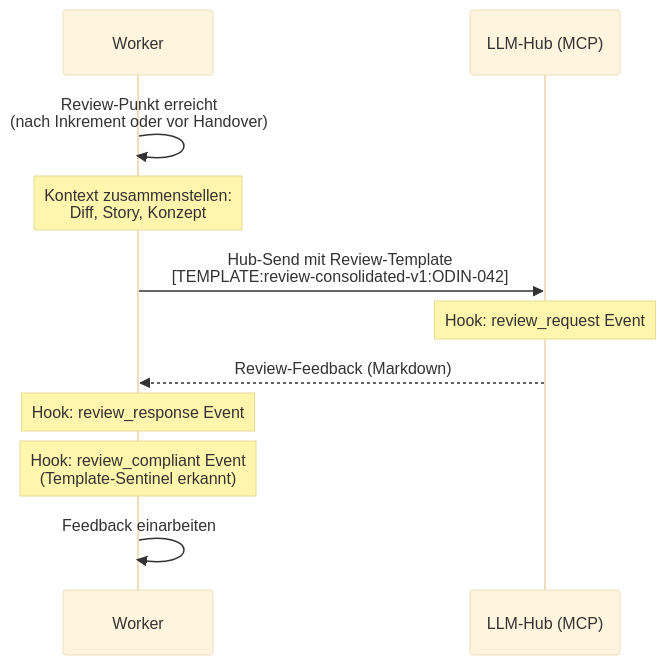
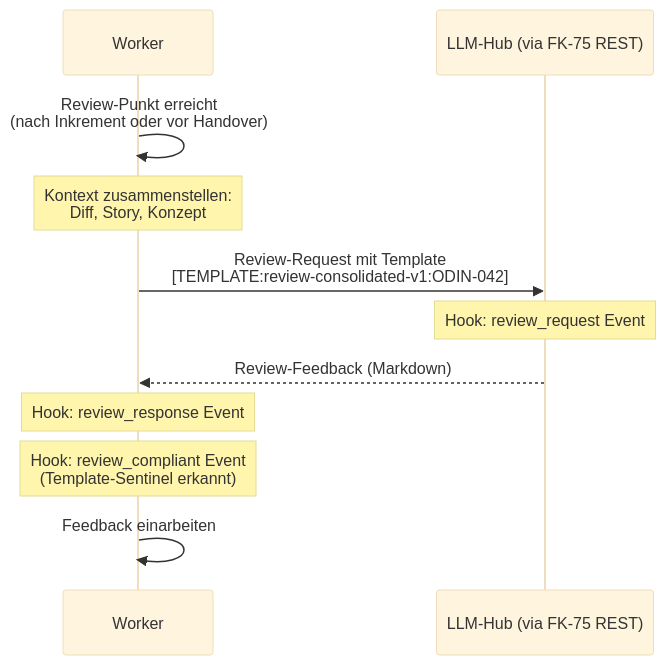
Before and after one commit to saltenhof/claude-agentkit3: the third of 4 diagrams in concept/technical-design/26_implementation_runtime_worker_loop.md, drawn with Mermaid (base theme). The commit also changed other lines of this file and 16 other files, not shown here.

Commit message:
Clarify LLM hub ownership and REST access

````diff
--- a/concept/technical-design/26_implementation_runtime_worker_loop.md
+++ b/concept/technical-design/26_implementation_runtime_worker_loop.md
@@ -448,14 +450,14 @@
 ```mermaid
 sequenceDiagram
     participant W as Worker
-    participant P as LLM-Hub (MCP)
+    participant P as LLM-Hub (via FK-75 REST)
 
     W->>W: Review-Punkt erreicht<br/>(nach Inkrement oder vor Handover)
     Note over W: Kontext zusammenstellen:<br/>Diff, Story, Konzept
-    W->>P: Hub-Send mit Review-Template<br/>[TEMPLATE:review-consolidated-v1:ODIN-042]
+    W->>P: Review-Request mit Template<br/>[TEMPLATE:review-consolidated-v1:ODIN-042]
     Note over P: Hook: review_request Event
     P-->>W: Review-Feedback (Markdown)
     Note over W: Hook: review_response Event
     Note over W: Hook: review_compliant Event<br/>(Template-Sentinel erkannt)
     W->>W: Feedback einarbeiten
 ```
````
